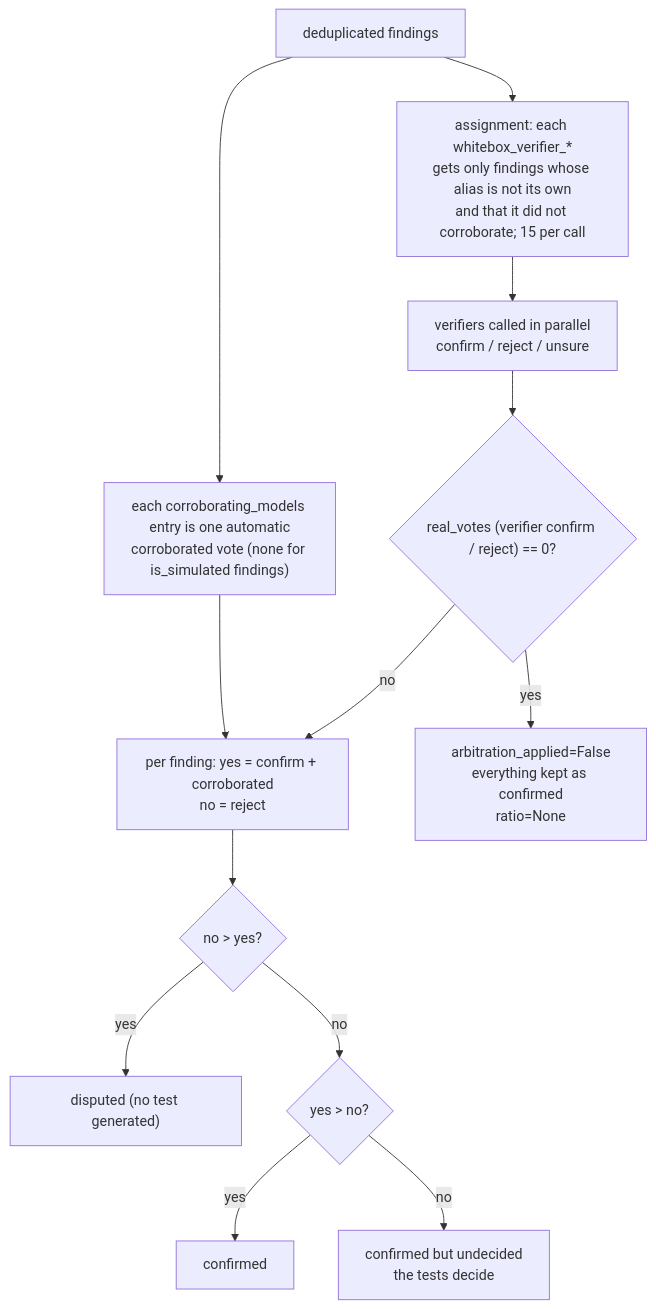
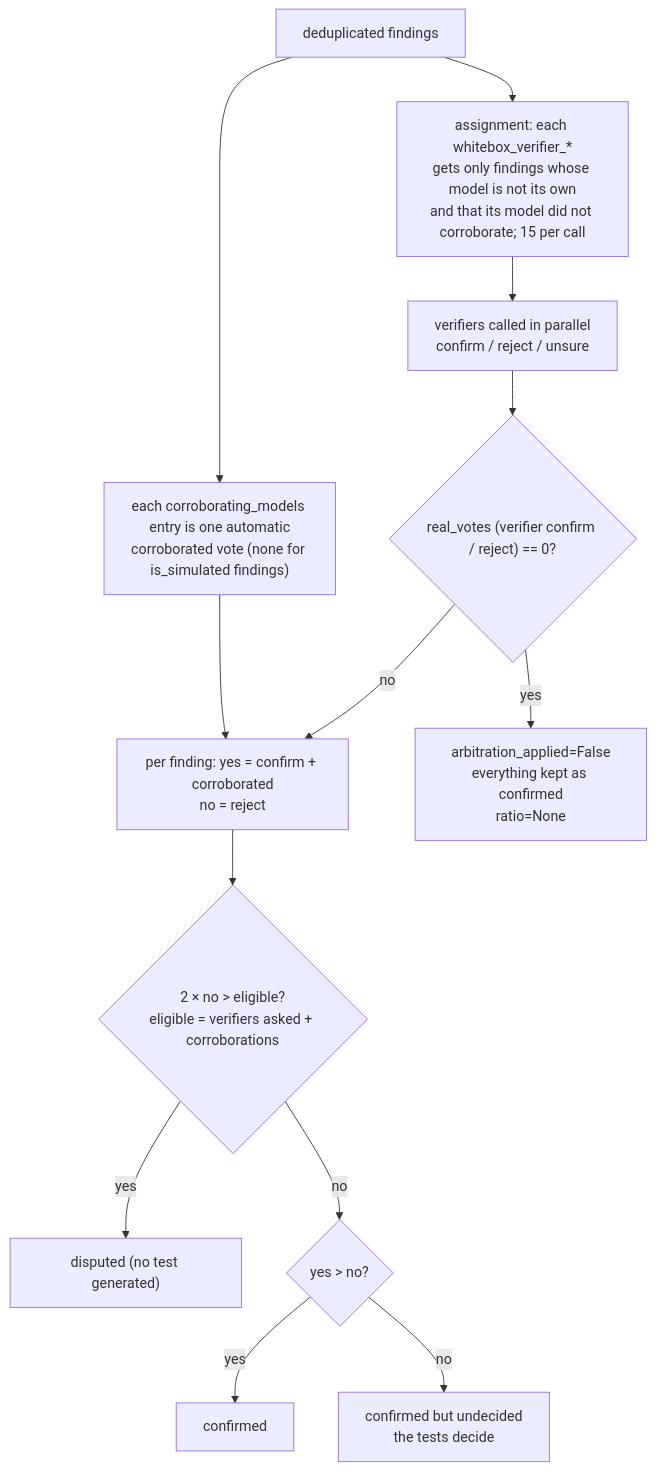
One commit to chinchiang/MultiAgentGama changed the second of 3 diagrams in docs/design.en.md. Above: the diagram before and after it, drawn with Mermaid. The commit also changed other lines of this file and 7 other files, not shown here.

````diff
--- a/docs/design.en.md
+++ b/docs/design.en.md
@@ -385,15 +385,15 @@
 ```mermaid
 flowchart TD
-    F["deduplicated findings"] --> ASSIGN["assignment: each whitebox_verifier_*<br/>gets only findings whose alias is not its own<br/>and that it did not corroborate; 15 per call"]
+    F["deduplicated findings"] --> ASSIGN["assignment: each whitebox_verifier_*<br/>gets only findings whose model is not its own<br/>and that its model did not corroborate; 15 per call"]
     ASSIGN --> VOTE["verifiers called in parallel<br/>confirm / reject / unsure"]
     F --> CORR["each corroborating_models entry is one automatic<br/>corroborated vote (none for is_simulated findings)"]
     VOTE --> REAL{"real_votes (verifier confirm / reject) == 0?"}
     CORR --> TALLY
     REAL -- yes --> NA["arbitration_applied=False<br/>everything kept as confirmed<br/>ratio=None"]
     REAL -- no --> TALLY["per finding: yes = confirm + corroborated<br/>no = reject"]
-    TALLY --> D{"no > yes?"}
+    TALLY --> D{"2 × no > eligible?<br/>eligible = verifiers asked + corroborations"}
     D -- yes --> DIS["disputed (no test generated)"]
     D -- no --> C{"yes > no?"}
     C -- yes --> CONF["confirmed"]
     C -- no --> UND["confirmed but undecided<br/>the tests decide"]
 ```
````
